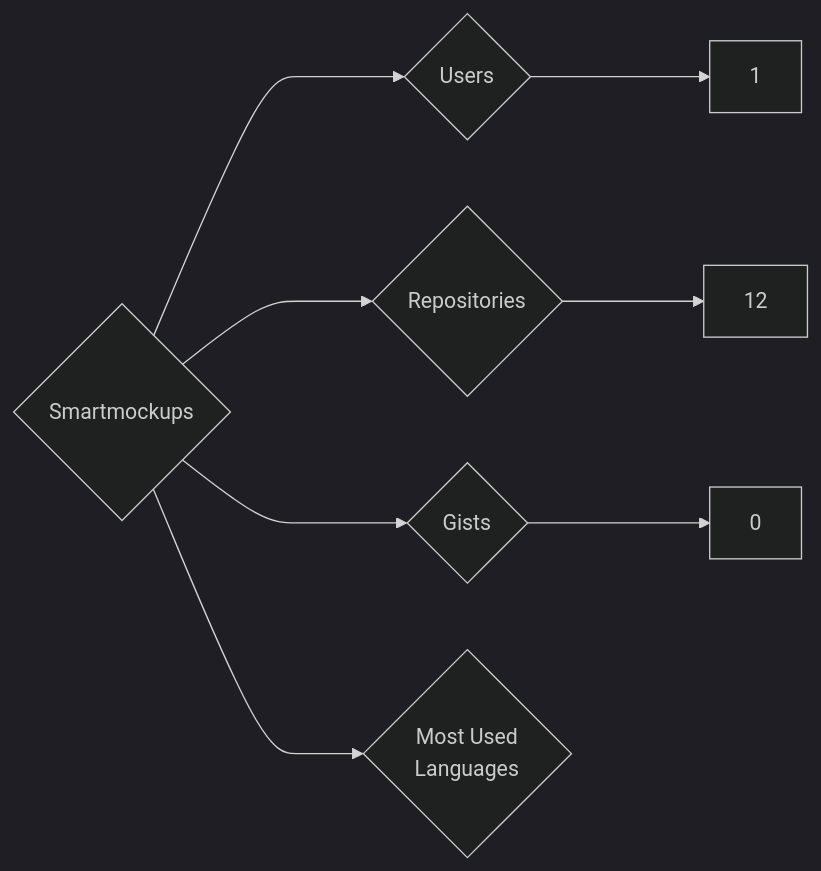
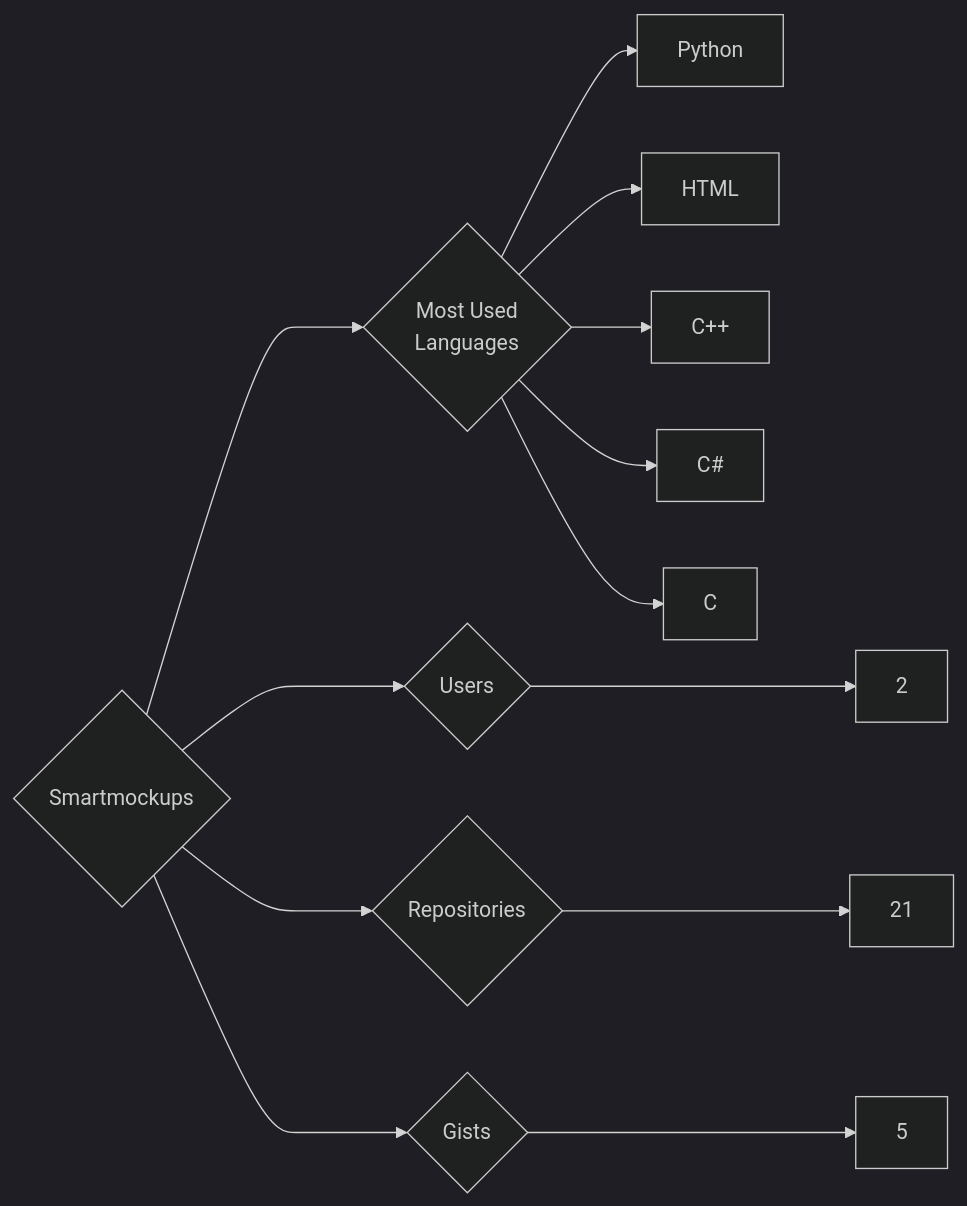
Before and after one commit to trickest/insiders: the diagram in targets/Smartmockups/README.md, drawn with Mermaid (dark theme). The commit also changed 1696 other files, not shown here.

````diff
--- a/targets/Smartmockups/README.md
+++ b/targets/Smartmockups/README.md
@@ -3,8 +3,13 @@
 ```mermaid
 graph LR
 COMPANY_NAME{Smartmockups}
-COMPANY_NAME ---> U{Users} ---> UN[1]
-COMPANY_NAME ---> R{Repositories} ---> RN[12]
-COMPANY_NAME ---> G{Gists} ---> GN[0]
+COMPANY_NAME ---> U{Users} ---> UN[2]
+COMPANY_NAME ---> R{Repositories} ---> RN[21]
+COMPANY_NAME ---> G{Gists} ---> GN[5]
 COMPANY_NAME ---> ML{Most Used<br>Languages}
+ML --> Python[Python]
+ML --> HTML[HTML]
+ML --> C++[C++]
+ML --> C#[C#]
+ML --> C[C]
 ```
````
